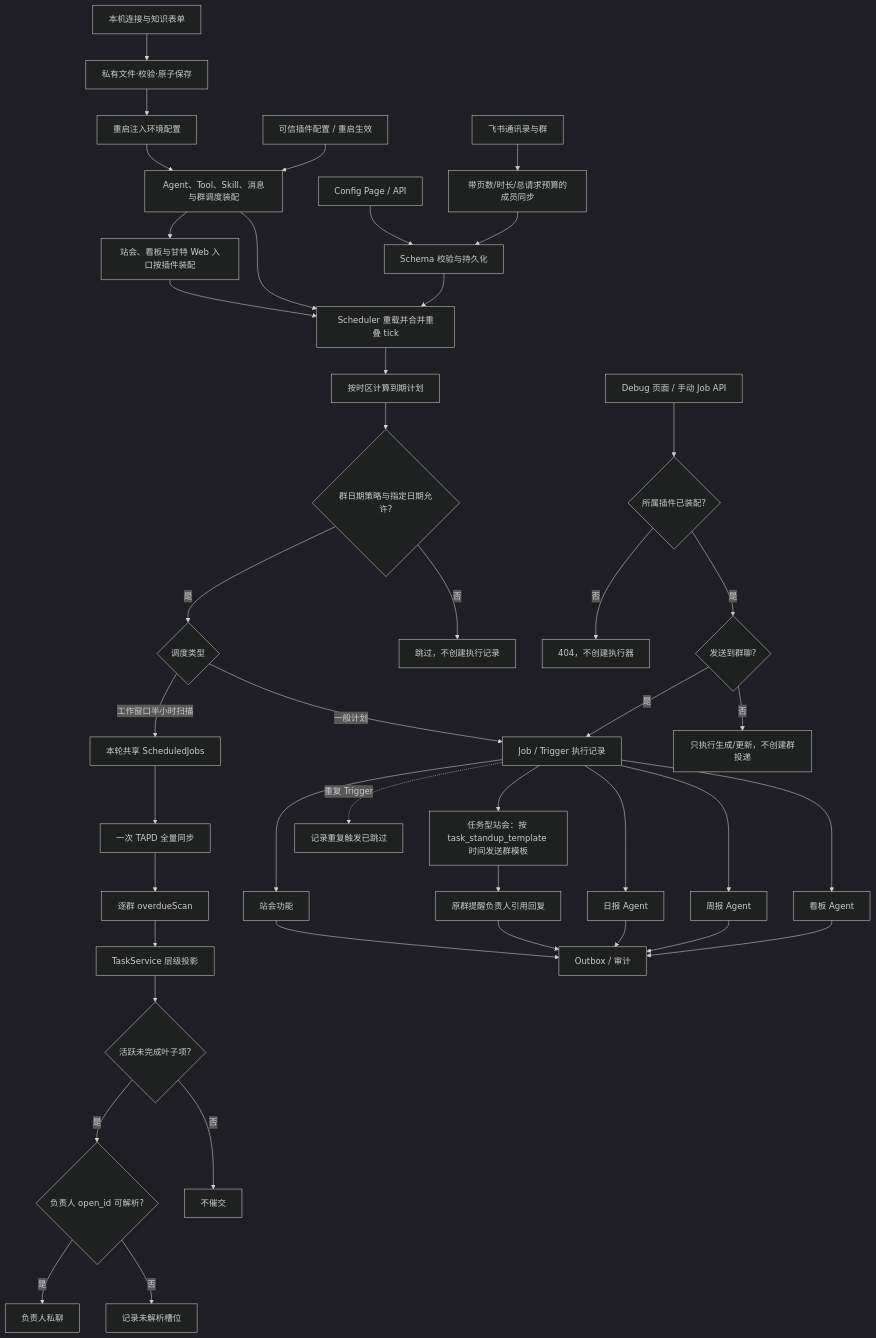
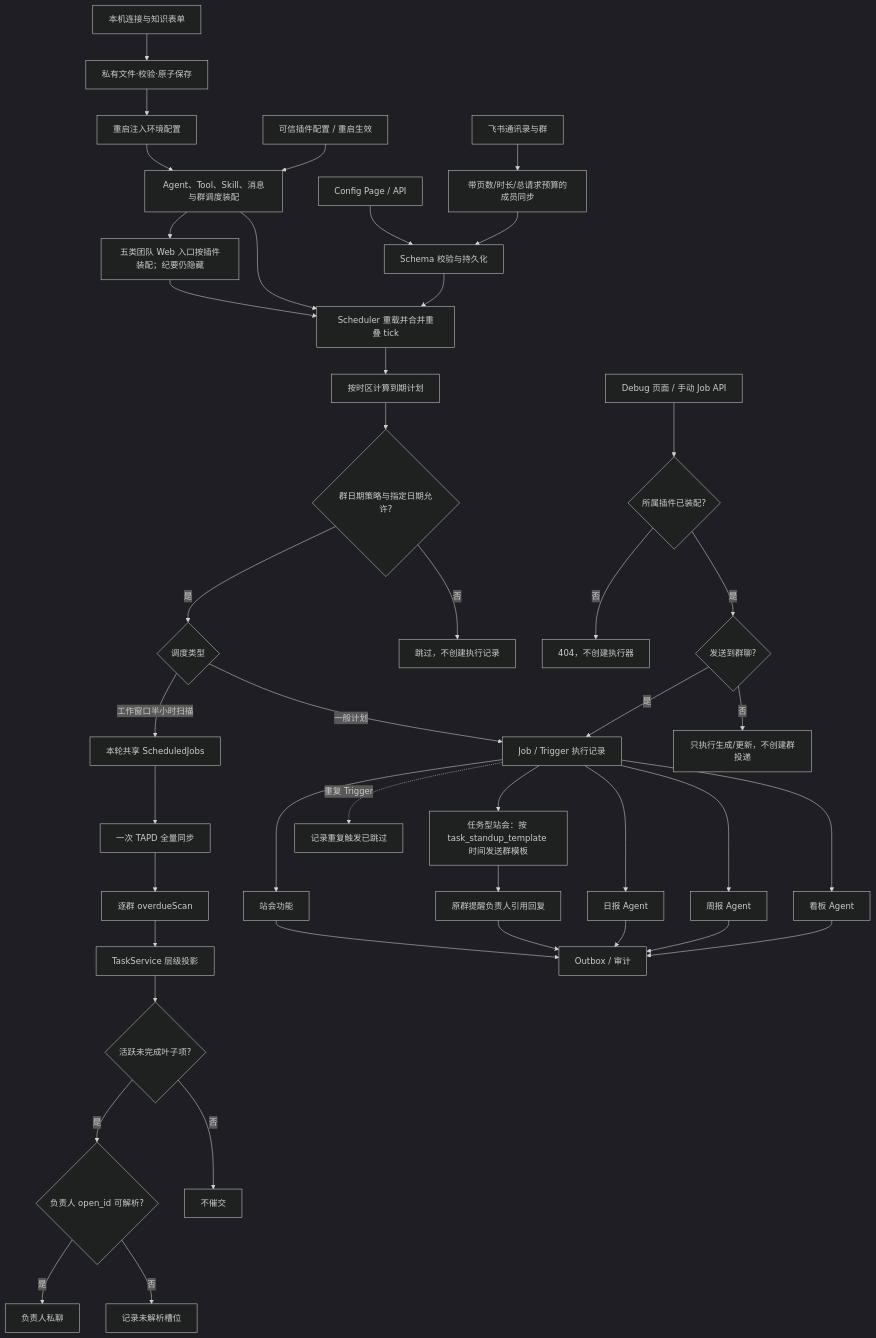
Before and after one commit to KlayPeter/AI-Delivery-Ops-Agent: the diagram in backend/src/core/configuration-scheduling/FEATURE.md, drawn with Mermaid (dark theme). The commit also changed 32 other files, not shown here.

````diff
--- a/backend/src/core/configuration-scheduling/FEATURE.md
+++ b/backend/src/core/configuration-scheduling/FEATURE.md
@@ -21,45 +21,45 @@
 ```mermaid
 flowchart TD
     LC[本机连接与知识表单] --> LF[私有文件·校验·原子保存]
     LF --> BOOT[重启注入环境配置]
     BOOT --> PH
     PC["可信插件配置 / 重启生效"] --> PH["Agent、Tool、Skill、消息与群调度装配"]
-    PH --> VIS[站会、看板与甘特 Web 入口按插件装配]
+    PH --> VIS[五类团队 Web 入口按插件装配；纪要仍隐藏]
     VIS --> E
     PH --> E
     A["Config Page / API"] --> B["Schema 校验与持久化"]
     C["飞书通讯录与群"] --> D["带页数/时长/总请求预算的成员同步"]
     D --> B
     B --> E["Scheduler 重载并合并重叠 tick"]
     E --> F["按时区计算到期计划"]
     F --> HC{"群日期策略与指定日期允许?"}
     HC -- "是" --> L{"调度类型"}
     HC -- "否" --> HS["跳过，不创建执行记录"]
     L -- "一般计划" --> G["Job / Trigger 执行记录"]
     L -- "工作窗口半小时扫描" --> S["本轮共享 ScheduledJobs"]
     S --> T["一次 TAPD 全量同步"]
     T --> M["逐群 overdueScan"]
     M --> P["TaskService 层级投影"]
     P --> Q{"活跃未完成叶子项?"}
     Q -- "是" --> V{"负责人 open_id 可解析?"}
     Q -- "否" --> R["不催交"]
     V -- "是" --> N["负责人私聊"]
     V -- "否" --> U["记录未解析槽位"]
     G --> H["站会功能"]
     G --> I["日报 Agent"]
     G --> W["周报 Agent"]
     G --> J["看板 Agent"]
     D2["Debug 页面 / 手动 Job API"] --> OWNER{所属插件已装配?}
     OWNER -- 否 --> REJECT[404，不创建执行器]
     OWNER -- 是 --> G2{"发送到群聊?"}
     G2 -- "是" --> G
     G2 -- "否" --> U2["只执行生成/更新，不创建群投递"]
     H --> K["Outbox / 审计"]
     G --> TS["任务型站会：按 task_standup_template 时间发送群模板"]
     TS --> TR["原群提醒负责人引用回复"]
     TR --> K
     I --> K
     W --> K
     J --> K
     G -. "重复 Trigger" .-> X["记录重复触发已跳过"]
 ```
````
